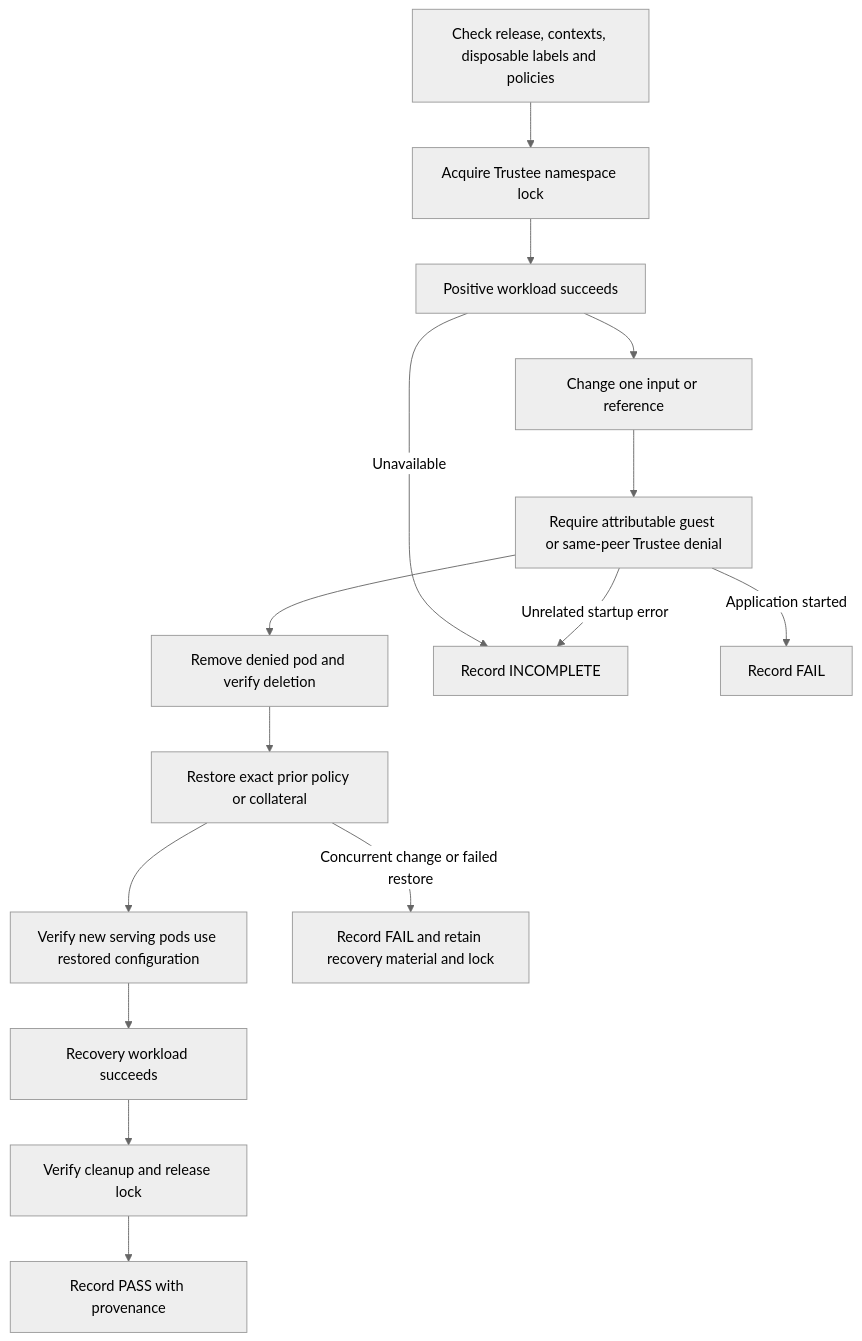
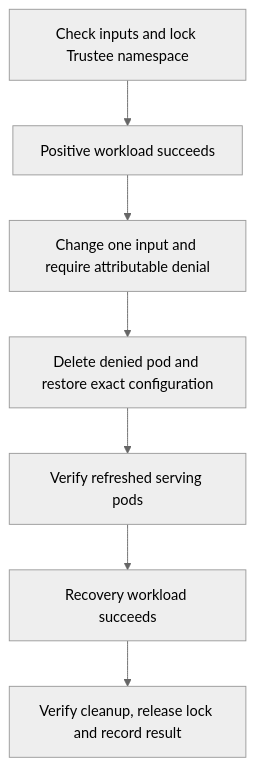
Before and after one commit to shpwrck/openshift-confidential-containers: the third of 3 diagrams in docs/architecture.md, drawn with Mermaid (neutral theme). The commit also changed other lines of this file and 69 other files, not shown here.

````diff
--- a/docs/architecture.md
+++ b/docs/architecture.md
@@ -79,17 +58,9 @@
 ```mermaid
 flowchart TD
-  Ready[Check release, contexts, disposable labels and policies] --> Lock[Acquire Trustee namespace lock]
-  Lock --> Allow[Positive workload succeeds]
-  Allow --> Change[Change one input or reference]
-  Change --> Deny[Require attributable guest or same-peer Trustee denial]
-  Deny --> Remove[Remove denied pod and verify deletion]
-  Remove --> Restore[Restore exact prior policy or collateral]
-  Restore --> Rotate[Verify new serving pods use restored configuration]
-  Rotate --> Recovery[Recovery workload succeeds]
-  Recovery --> Cleanup[Verify cleanup and release lock]
-  Cleanup --> Pass[Record PASS with provenance]
-  Allow -->|Unavailable| Incomplete[Record INCOMPLETE]
-  Deny -->|Unrelated startup error| Incomplete
-  Deny -->|Application started| Fail[Record FAIL]
-  Restore -->|Concurrent change or failed restore| Stop[Record FAIL and retain recovery material and lock]
+  Gate[Check inputs and lock Trustee namespace] --> Allow[Positive workload succeeds]
+  Allow --> Deny[Change one input and require attributable denial]
+  Deny --> Restore[Delete denied pod and restore exact configuration]
+  Restore --> Ready[Verify refreshed serving pods]
+  Ready --> Recover[Recovery workload succeeds]
+  Recover --> Cleanup[Verify cleanup, release lock and record result]
 ```
````
